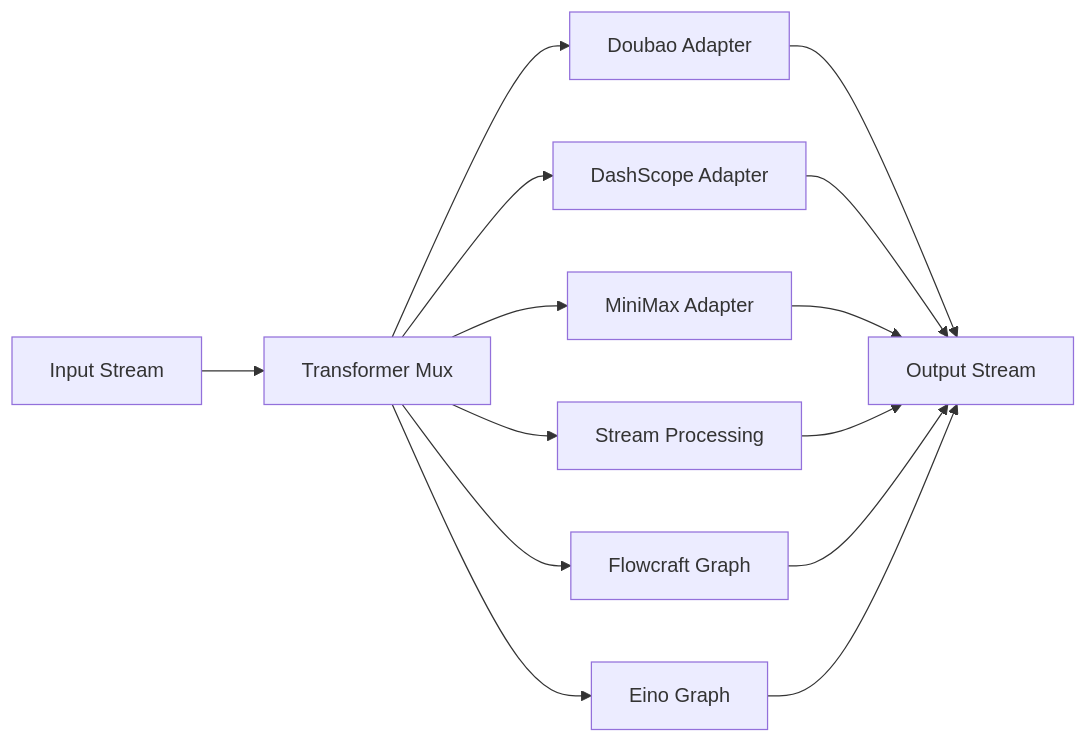
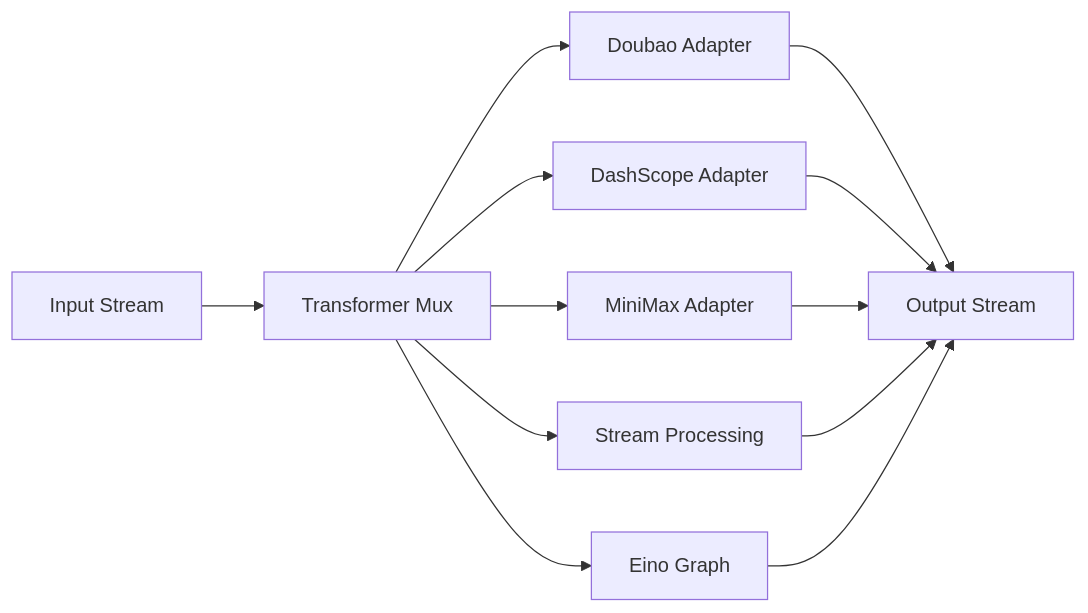
Before and after one commit to GizClaw/gizclaw: the diagram in guides/en/developing/genx/transformers/overview.md, drawn with Mermaid. The commit also changed other lines of this file and 550 other files, not shown here.

First line of the commit message:
repo: retire Flowcraft with native Eino and screenplay acceptance

````diff
--- a/guides/en/developing/genx/transformers/overview.md
+++ b/guides/en/developing/genx/transformers/overview.md
@@ -41,16 +39,14 @@
 ```mermaid
 flowchart LR
     Input["Input Stream"] --> Mux["Transformer Mux"]
     Mux --> Doubao["Doubao Adapter"]
     Mux --> DashScope["DashScope Adapter"]
     Mux --> MiniMax["MiniMax Adapter"]
     Mux --> Processing["Stream Processing"]
-    Mux --> Flowcraft["Flowcraft Graph"]
     Mux --> Eino["Eino Graph"]
     Doubao --> Output["Output Stream"]
     DashScope --> Output
     MiniMax --> Output
     Processing --> Output
-    Flowcraft --> Output
     Eino --> Output
 ```
````
